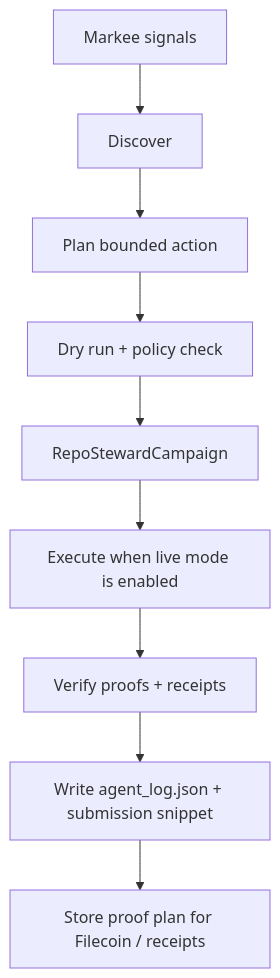
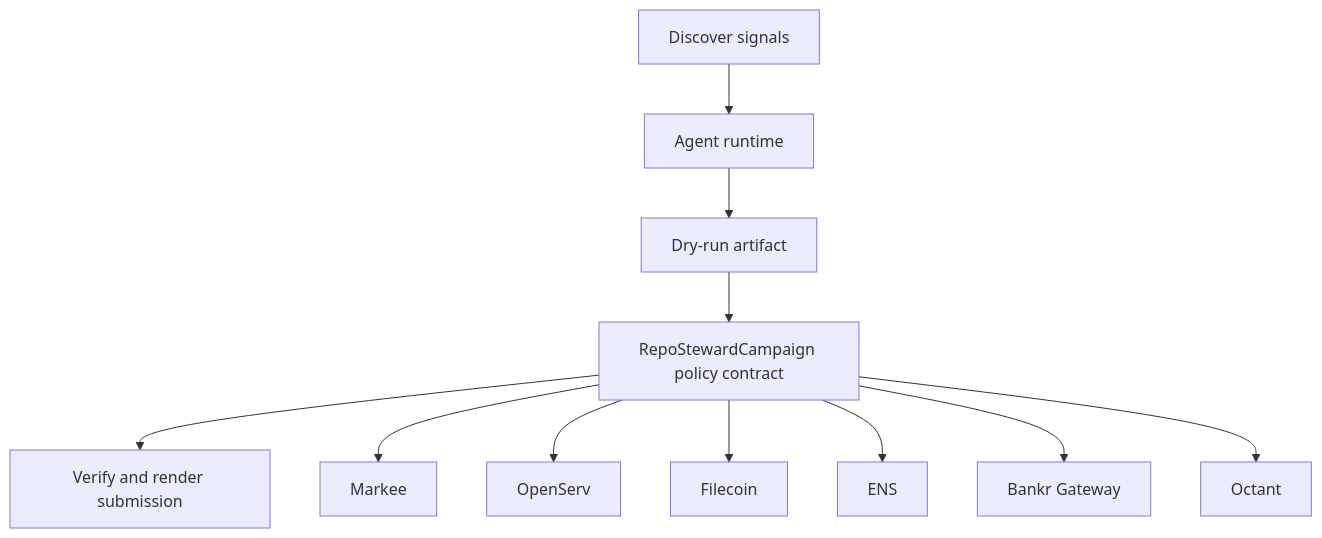
One commit to CrystallineButterfly/Synthesis-Markee changed the diagram in docs/architecture.mmd. Above: the diagram before and after it, drawn with Mermaid. The commit also changed 998 other files, not shown here.

Commit message:
Implement bounded agent runtime

```diff
--- a/docs/architecture.mmd
+++ b/docs/architecture.mmd
@@ -1,9 +1,13 @@
 flowchart TD
-    Signals[Markee signals] --> Discover[Discover]
-    Discover --> Plan[Plan bounded action]
-    Plan --> DryRun[Dry run + policy check]
-    DryRun --> Guard[RepoStewardCampaign]
-    Guard --> Execute[Execute when live mode is enabled]
-    Execute --> Verify[Verify proofs + receipts]
-    Verify --> Persist[Write agent_log.json + submission snippet]
-    Persist --> Storage[Store proof plan for Filecoin / receipts]
+    Signals[Discover signals]
+    Planner[Agent runtime]
+    DryRun[Dry-run artifact]
+    Contract[RepoStewardCampaign policy contract]
+    Verify[Verify and render submission]
+    Signals --> Planner --> DryRun --> Contract --> Verify
+    Contract --> markee[Markee]
+    Contract --> openserv[OpenServ]
+    Contract --> filecoin[Filecoin]
+    Contract --> ens[ENS]
+    Contract --> bankr_gateway[Bankr Gateway]
+    Contract --> octant[Octant]
```
